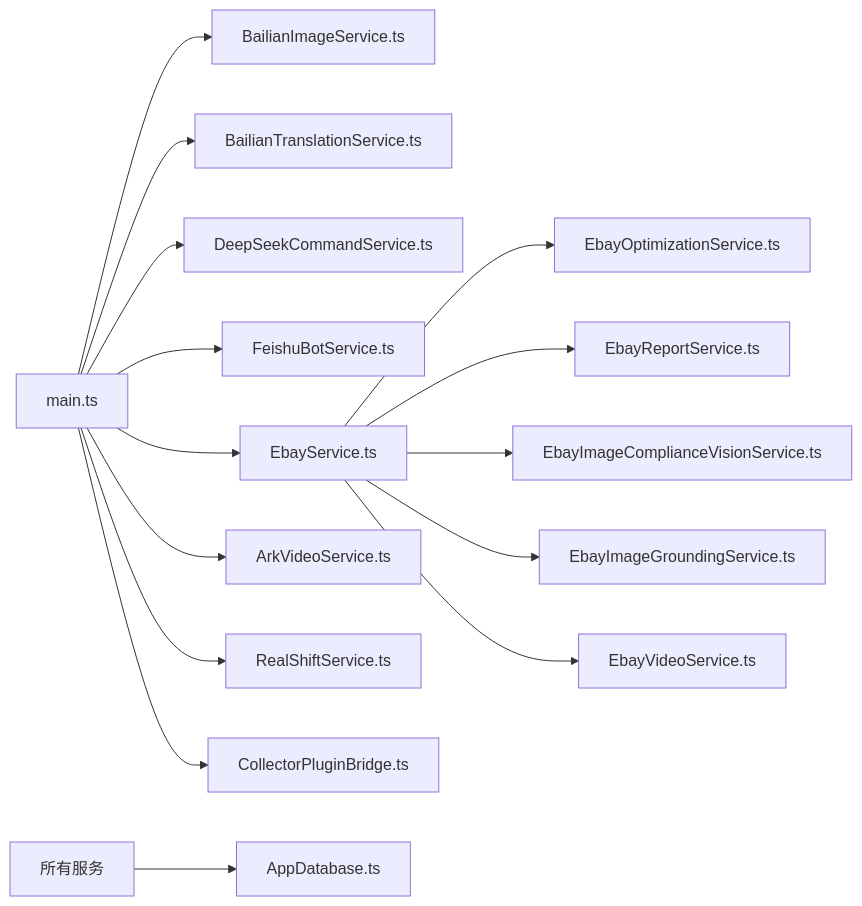
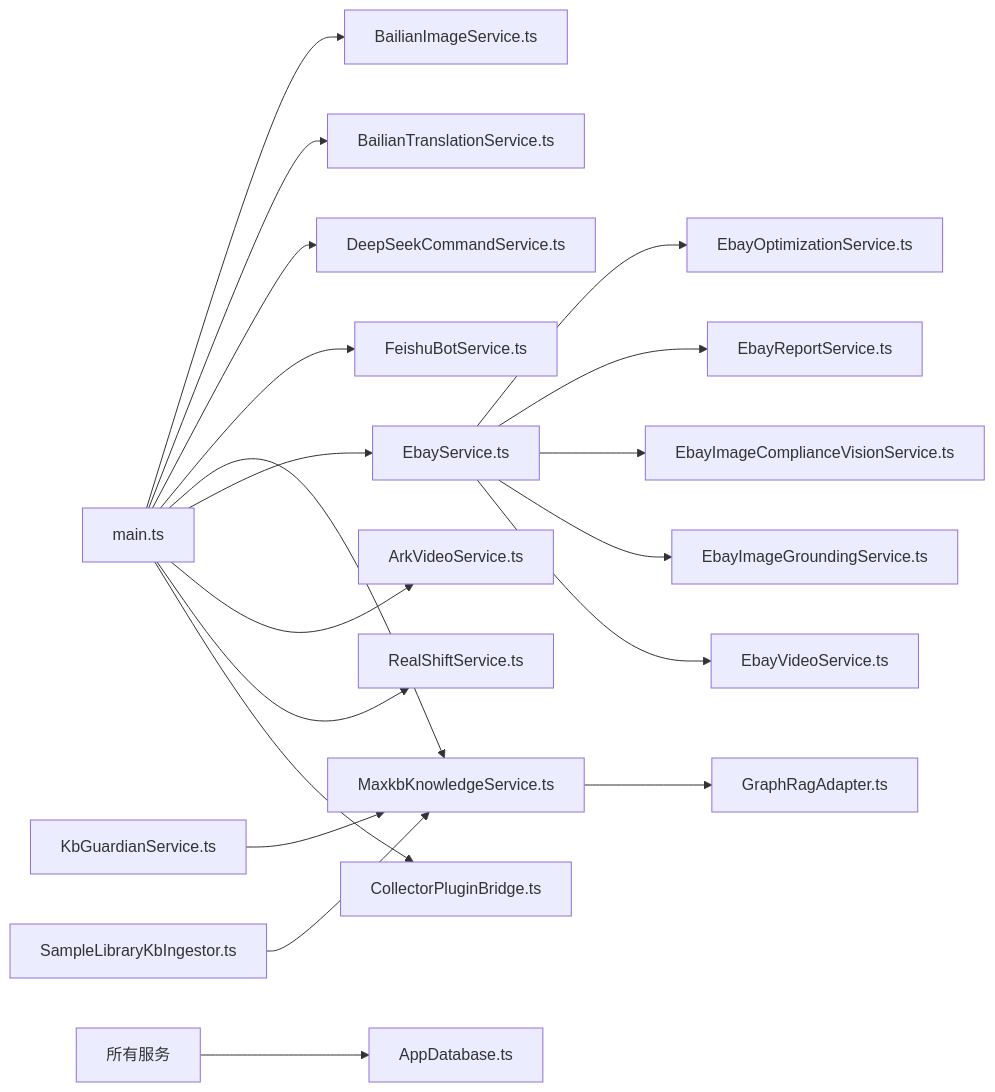
One commit to iljahofbauer219-lang/yandu changed diagram 12 of 12 in .qoder/repowiki/zh/content/核心服务/核心服务.md. Above: the diagram before and after it, drawn with Mermaid. The commit also changed other lines of this file and 340 other files, not shown here.

````diff
--- a/.qoder/repowiki/zh/content/核心服务/核心服务.md
+++ b/.qoder/repowiki/zh/content/核心服务/核心服务.md
@@ -454,17 +690,21 @@
 ```mermaid
 graph LR
 Main["main.ts"] --> Img["BailianImageService.ts"]
 Main --> Trans["BailianTranslationService.ts"]
 Main --> DS["DeepSeekCommandService.ts"]
 Main --> Bot["FeishuBotService.ts"]
+Main --> Maxkb["MaxkbKnowledgeService.ts"]
 Main --> EB["EbayService.ts"]
+Maxkb --> Graph["GraphRagAdapter.ts"]
+KbGuardian["KbGuardianService.ts"] --> Maxkb
+SampleIngest["SampleLibraryKbIngestor.ts"] --> Maxkb
 EB --> EBOpt["EbayOptimizationService.ts"]
 EB --> EBRpt["EbayReportService.ts"]
 EB --> EBVis["EbayImageComplianceVisionService.ts"]
 EB --> EBGrd["EbayImageGroundingService.ts"]
 EB --> EBVid["EbayVideoService.ts"]
 Main --> Ark["ArkVideoService.ts"]
 Main --> RS["RealShiftService.ts"]
 Main --> Coll["CollectorPluginBridge.ts"]
 AllSvcs["所有服务"] --> DB["AppDatabase.ts"]
 ```
````
